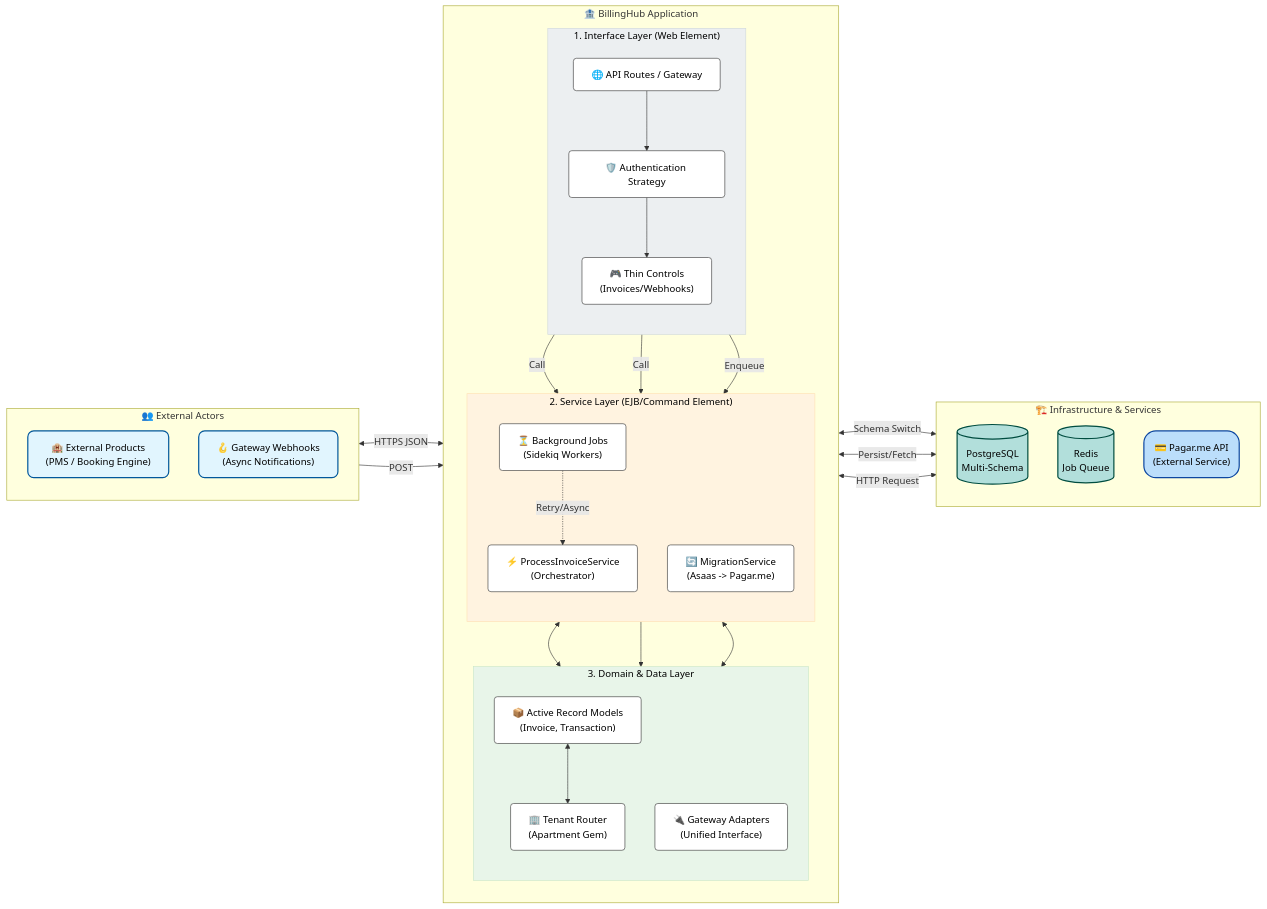
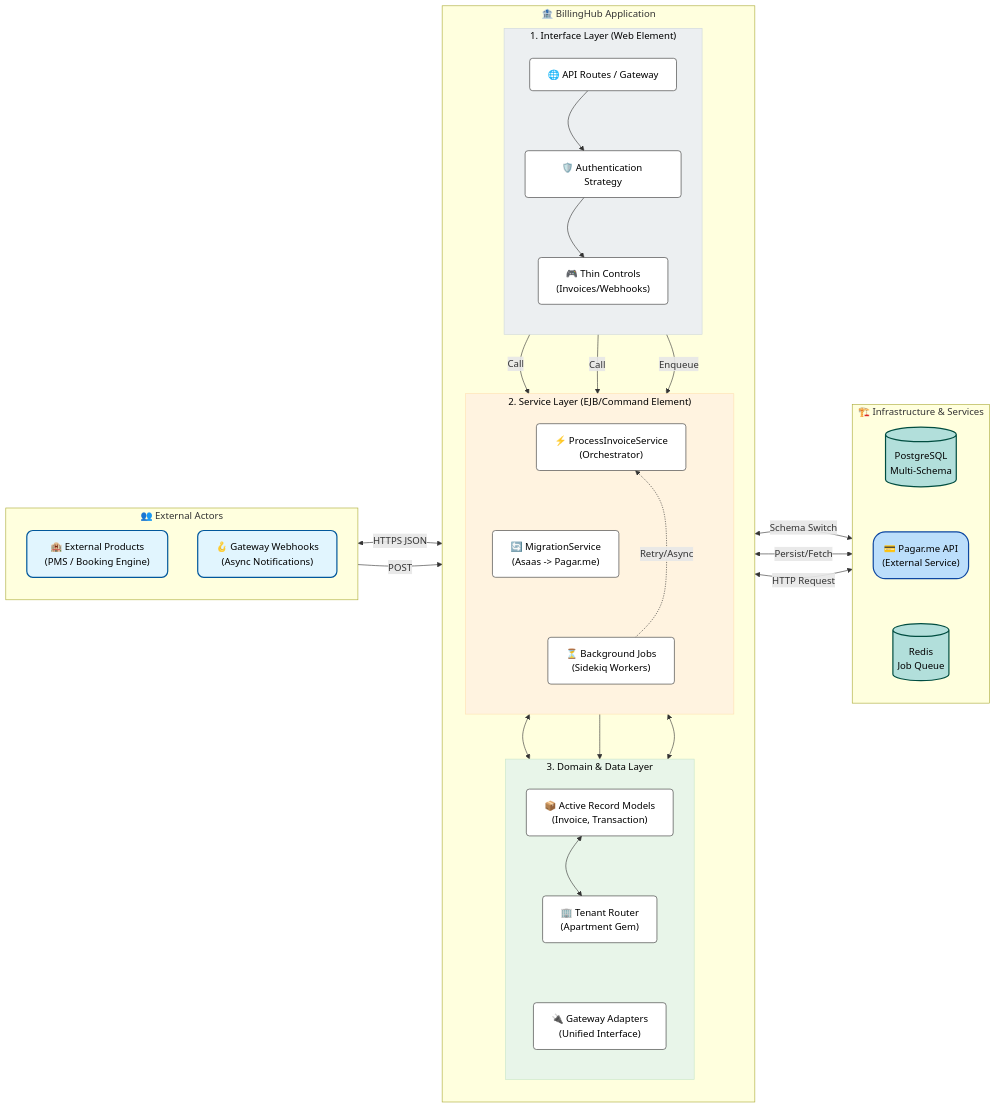
One commit to pcajoao/billing_hub changed the diagram in README.md. Above: the diagram before and after it, drawn with Mermaid.

Commit message:
adjusting documentation files, changing fluxograms spacing

````diff
--- a/README.md
+++ b/README.md
@@ -162,13 +162,17 @@
     Jobs <--> |Persist/Fetch| Redis
     Adapters <--> |HTTP Request| PagarMe
 
+    %% Force Vertical Stacking/Spacing (Ghost Edges)
+    %% This prevents nodes from floating around or overlapping
+    API_G ~~~ Auth ~~~ Controllers
+    InvService ~~~ MigService ~~~ Jobs
+    Models ~~~ Apartment ~~~ Adapters
+    PG ~~~ PagarMe ~~~ Redis
+
     %% Layer Visuals (Force Black Text on Light Backgrounds)
     style Layer1 fill:#eceff1,stroke:#cfd8dc,color:#000
     style Layer2 fill:#fff3e0,stroke:#ffe0b2,color:#000
     style Layer3 fill:#e8f5e9,stroke:#c8e6c9,color:#000
 
-    %% Outer Containers (Force White Text on Dark/Neutral Backgrounds if needed)
-    %% Assuming dark theme IDE, these might already be white, but let's be safe.
-    %% We won't force fill to avoid clashing with IDE theme, but we ensure text is visible if we were to set it.
-    %% For now, focusing on the reported "white text" issue which is usually the Inner Layers.
+    %% Outer Containers
 ```
````
